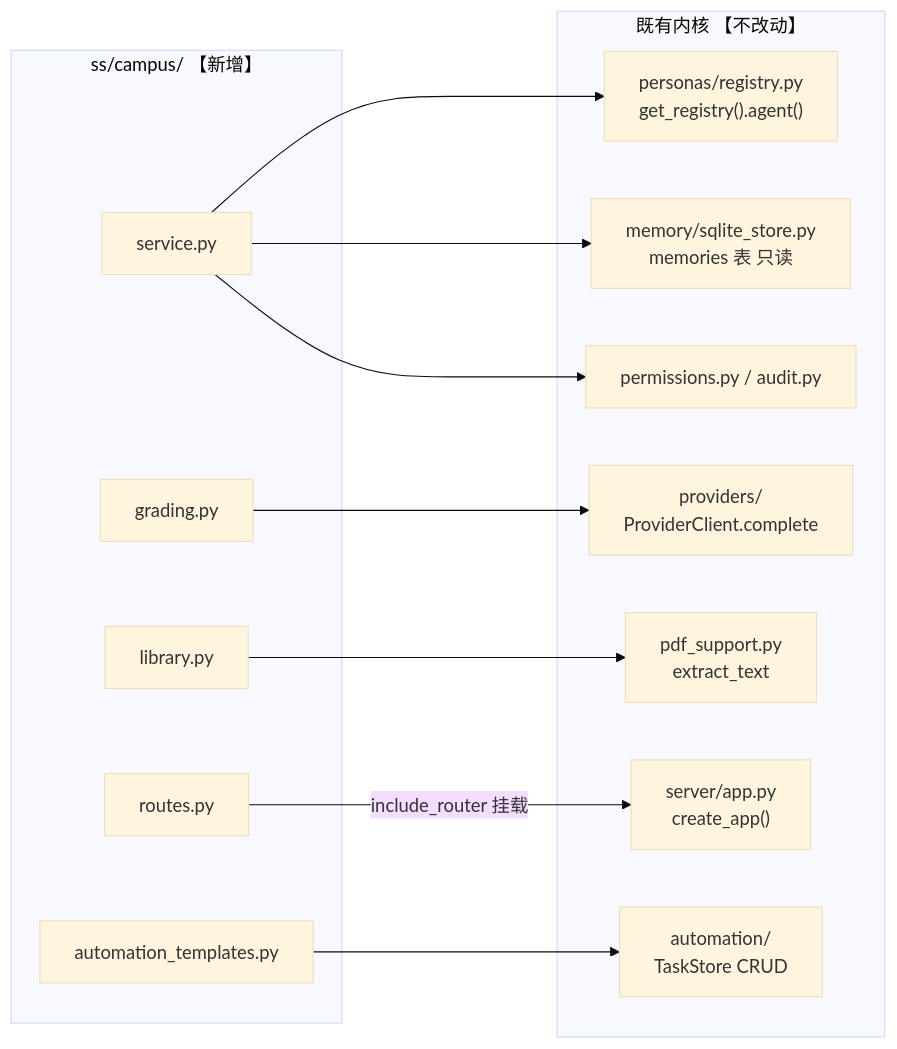
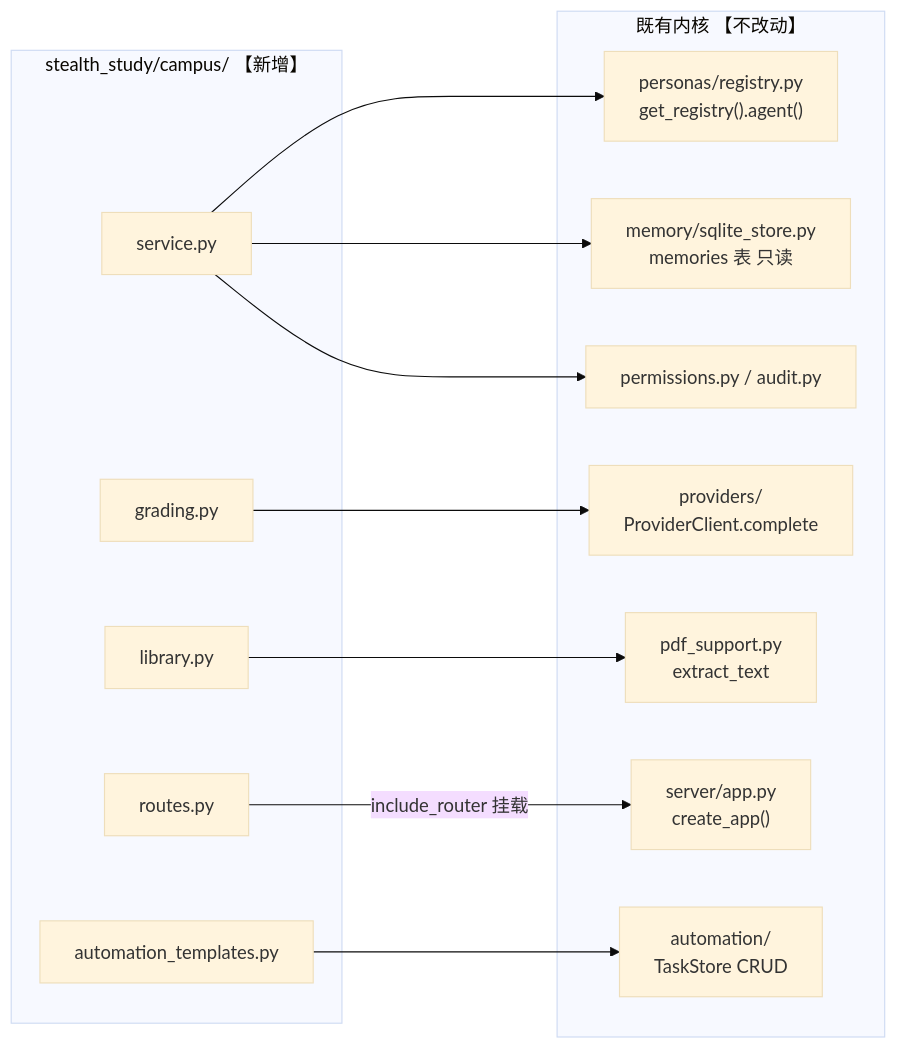
One commit to light-misty/Stealth-Study changed the second of 5 diagrams in docs/dev/01-系统架构设计.md. Above: the diagram before and after it, drawn with Mermaid (base theme). The commit also changed other lines of this file and 433 other files, not shown here.

First line of the commit message:
refactor(package): Python 包由 ss 更名为 stealth_study

````diff
--- a/docs/dev/01-系统架构设计.md
+++ b/docs/dev/01-系统架构设计.md
@@ -199,26 +199,26 @@
 ```mermaid
 flowchart LR
-    subgraph CAMPUS["ss/campus/  【新增】"]
+    subgraph CAMPUS["stealth_study/campus/  【新增】"]
         S["service.py"]
         G["grading.py"]
         L["library.py"]
         R["routes.py"]
         AT["automation_templates.py"]
     end
     subgraph KERNEL["既有内核  【不改动】"]
         P["providers/<br/>ProviderClient.complete"]
         PR["personas/registry.py<br/>get_registry().agent()"]
         AU["automation/<br/>TaskStore CRUD"]
         M["memory/sqlite_store.py<br/>memories 表 只读"]
         PM["permissions.py / audit.py"]
         PD["pdf_support.py<br/>extract_text"]
         SA["server/app.py<br/>create_app()"]
     end
     R -->|"include_router 挂载"| SA
     S --> PR
     S --> M
     S --> PM
     G --> P
     L --> PD
     AT --> AU
 ```
````
